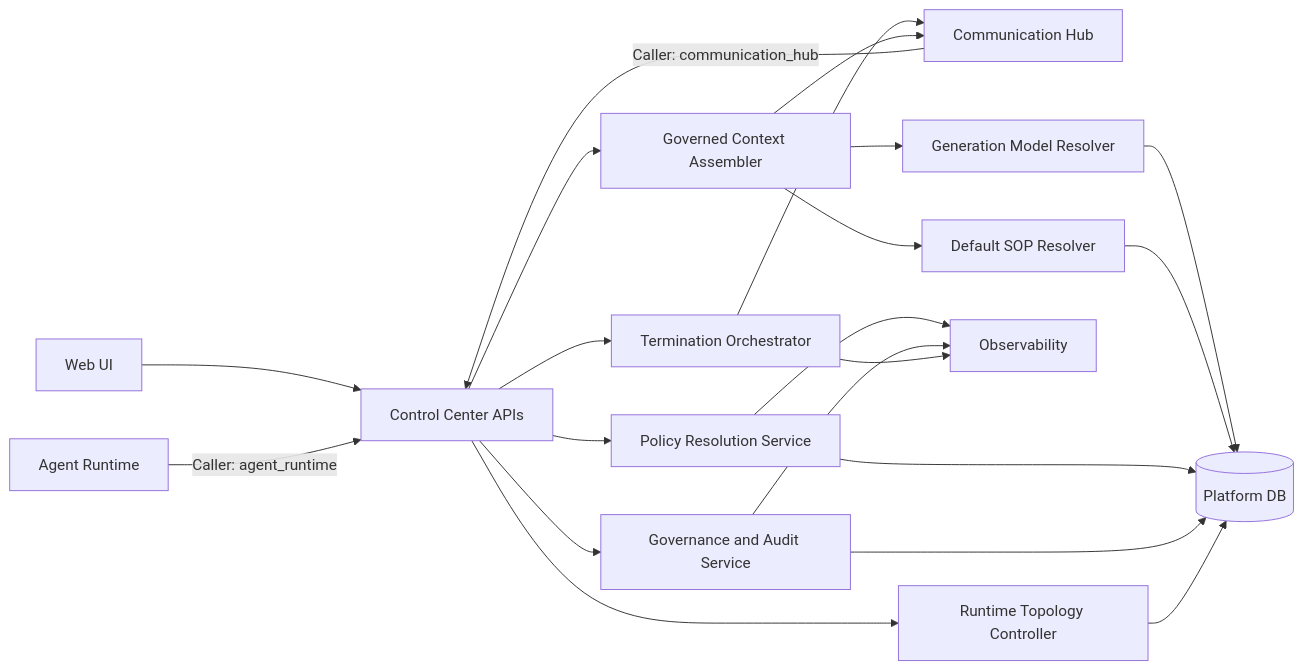
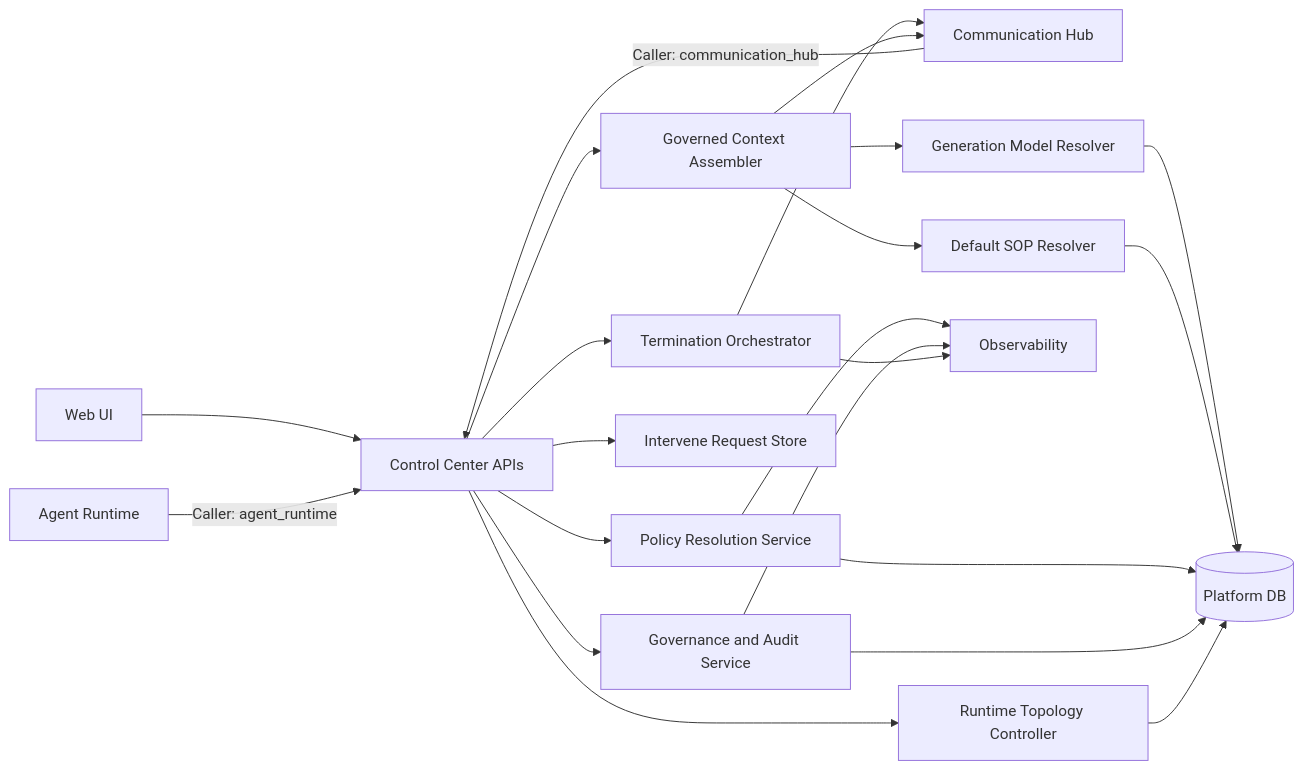
The first of 2 diagrams in docs/master/architecture/modules/control-center/architecture.md (hurungang/parthenon), drawn with Mermaid before and after one commit. The commit also changed 150 other files, not shown here.

````diff
--- a/docs/master/architecture/modules/control-center/architecture.md
+++ b/docs/master/architecture/modules/control-center/architecture.md
@@ -3,35 +3,36 @@
 ```mermaid
 flowchart LR
     UI[Web UI]
     CH[Communication Hub]
     AR[Agent Runtime]
     API[Control Center APIs]
     POL[Policy Resolution Service]
     CTX[Governed Context Assembler]
     CFG[Generation Model Resolver]
     SOP[Default SOP Resolver]
     GOV[Governance and Audit Service]
     DB[(Platform DB)]
     OBS[Observability]
 
     UI --> API
     CH -->|Caller: communication_hub| API
     AR -->|Caller: agent_runtime| API
     API --> POL
     API --> CTX
+    API --> IRS[Intervene Request Store]
     API --> TOPO[Runtime Topology Controller]
     API --> TERM[Termination Orchestrator]
     CTX --> CFG
     CTX --> SOP
     CFG --> DB
     SOP --> DB
     API --> GOV
     POL --> DB
     GOV --> DB
     TOPO --> DB
     TERM --> CH
     CTX --> CH
     POL --> OBS
     GOV --> OBS
     TERM --> OBS
 ```
````
